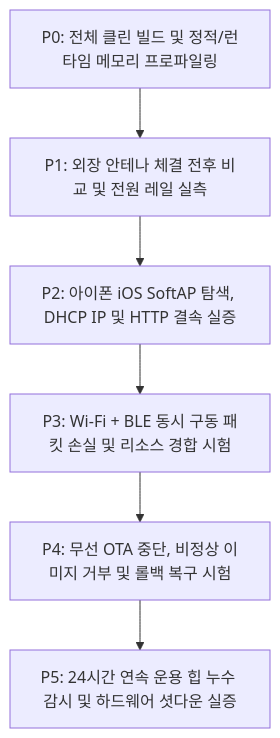
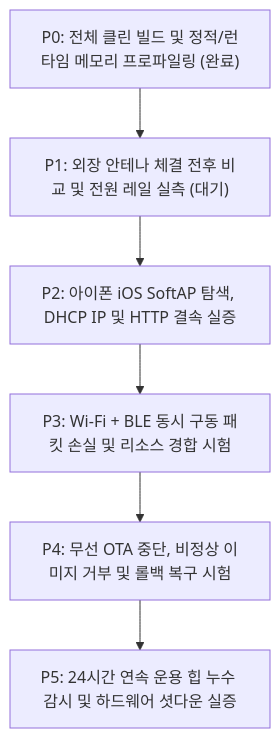
The diagram in docs/MAJN_FIRMWARE_STABILIZATION_AND_VERIFICATION_MASTER_PLAN.md (youngseokchomajn-web/MAJN_GEMINI), drawn with Mermaid before and after one commit. The commit also changed other lines of this file and 6 other files, not shown here.

````diff
--- a/docs/MAJN_FIRMWARE_STABILIZATION_AND_VERIFICATION_MASTER_PLAN.md
+++ b/docs/MAJN_FIRMWARE_STABILIZATION_AND_VERIFICATION_MASTER_PLAN.md
@@ -59,8 +55,8 @@
 ```mermaid
 flowchart TD
-    P0["P0: 전체 클린 빌드 및 정적/런타임 메모리 프로파일링"] --> P1["P1: 외장 안테나 체결 전후 비교 및 전원 레일 실측"]
+    P0["P0: 전체 클린 빌드 및 정적/런타임 메모리 프로파일링 (완료)"] --> P1["P1: 외장 안테나 체결 전후 비교 및 전원 레일 실측 (대기)"]
     P1 --> P2["P2: 아이폰 iOS SoftAP 탐색, DHCP IP 및 HTTP 결속 실증"]
     P2 --> P3["P3: Wi-Fi + BLE 동시 구동 패킷 손실 및 리소스 경합 시험"]
     P3 --> P4["P4: 무선 OTA 중단, 비정상 이미지 거부 및 롤백 복구 시험"]
     P4 --> P5["P5: 24시간 연속 운용 힙 누수 감시 및 하드웨어 셧다운 실증"]
 ```
````
